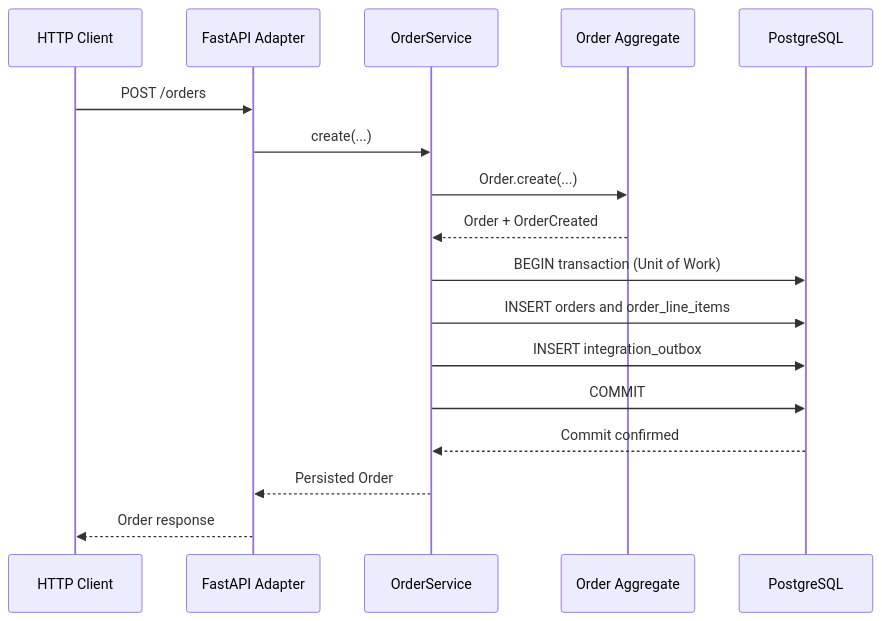
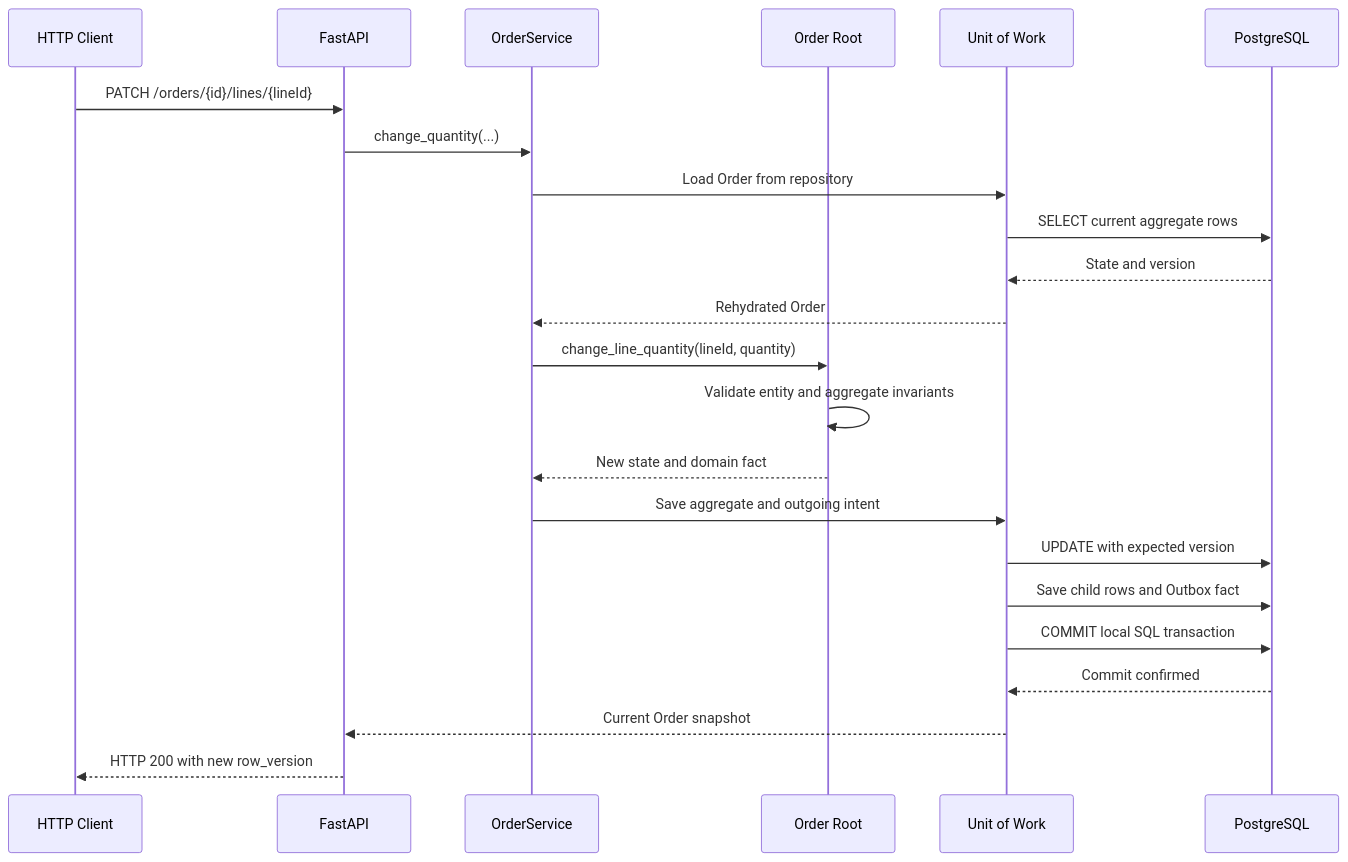
The second of 2 diagrams in microservices-coordination-and-orchestration/ddd-aggregates/README.md (saverioieva/information-systems-design-big-data-examples), drawn with Mermaid before and after one commit. The commit also changed other lines of this file and 60 other files, not shown here.

````diff
--- a/microservices-coordination-and-orchestration/ddd-aggregates/README.md
+++ b/microservices-coordination-and-orchestration/ddd-aggregates/README.md
@@ -37,19 +44,25 @@
 ```mermaid
 sequenceDiagram
     participant C as HTTP Client
-    participant API as FastAPI Adapter
+    participant API as FastAPI
     participant S as OrderService
-    participant A as Order Aggregate
+    participant R as Order Root
+    participant U as Unit of Work
     participant DB as PostgreSQL
-    C->>API: POST /orders
-    API->>S: create(...)
-    S->>A: Order.create(...)
-    A-->>S: Order + OrderCreated
-    S->>DB: BEGIN transaction (Unit of Work)
-    S->>DB: INSERT orders and order_line_items
-    S->>DB: INSERT integration_outbox
-    S->>DB: COMMIT
-    DB-->>S: Commit confirmed
-    S-->>API: Persisted Order
-    API-->>C: Order response
+    C->>API: PATCH /orders/{id}/lines/{lineId}
+    API->>S: change_quantity(...)
+    S->>U: Load Order from repository
+    U->>DB: SELECT current aggregate rows
+    DB-->>U: State and version
+    U-->>S: Rehydrated Order
+    S->>R: change_line_quantity(lineId, quantity)
+    R->>R: Validate entity and aggregate invariants
+    R-->>S: New state and domain fact
+    S->>U: Save aggregate and outgoing intent
+    U->>DB: UPDATE with expected version
+    U->>DB: Save child rows and Outbox fact
+    U->>DB: COMMIT local SQL transaction
+    DB-->>U: Commit confirmed
+    U-->>API: Current Order snapshot
+    API-->>C: HTTP 200 with new row_version
 ```
````
